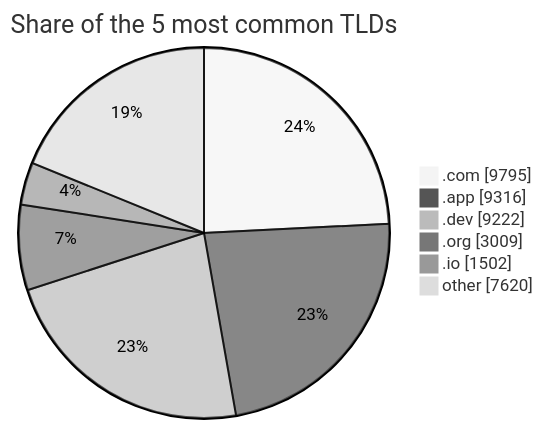
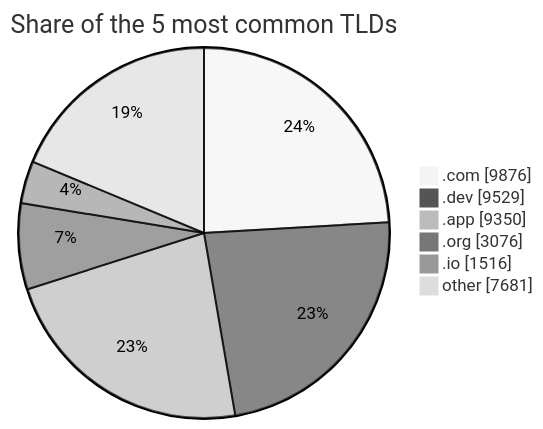
The third of 3 diagrams in README.md (DNSBunker/CTI), drawn with Mermaid (neutral theme) before and after one commit. The commit also changed other lines of this file and 3 other files, not shown here.

````diff
--- a/README.md
+++ b/README.md
@@ -81,9 +81,9 @@
 ```mermaid
 pie showData title Share of the 5 most common TLDs
-    ".com" : 9795
-    ".app" : 9316
-    ".dev" : 9222
-    ".org" : 3009
-    ".io" : 1502
-    "other" : 7620
+    ".com" : 9876
+    ".dev" : 9529
+    ".app" : 9350
+    ".org" : 3076
+    ".io" : 1516
+    "other" : 7681
 ```
````
